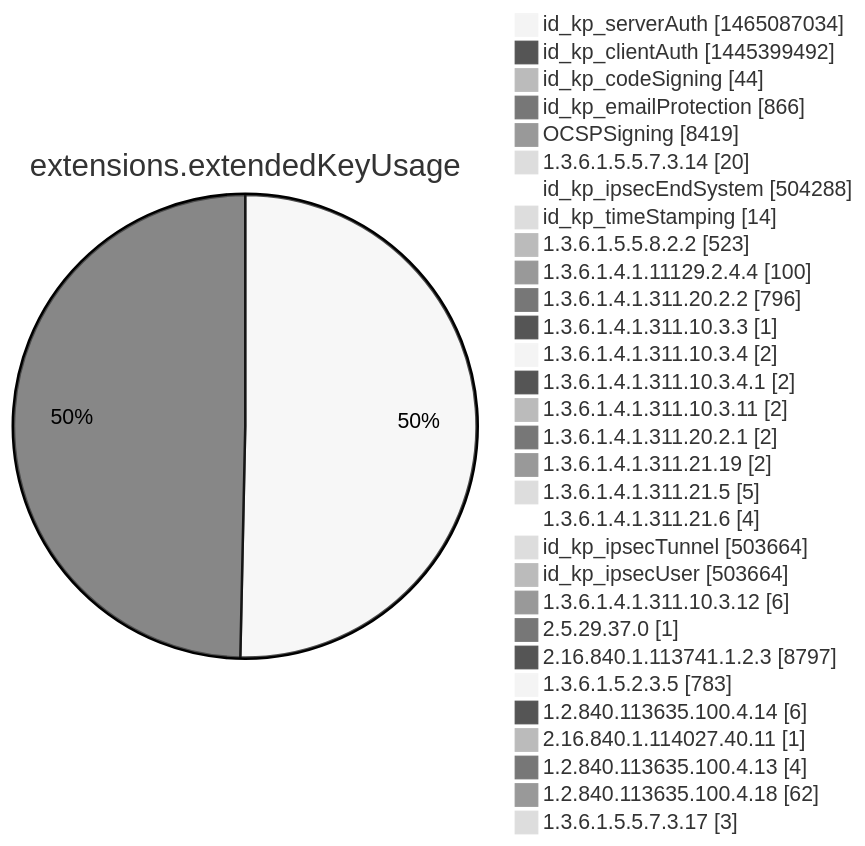
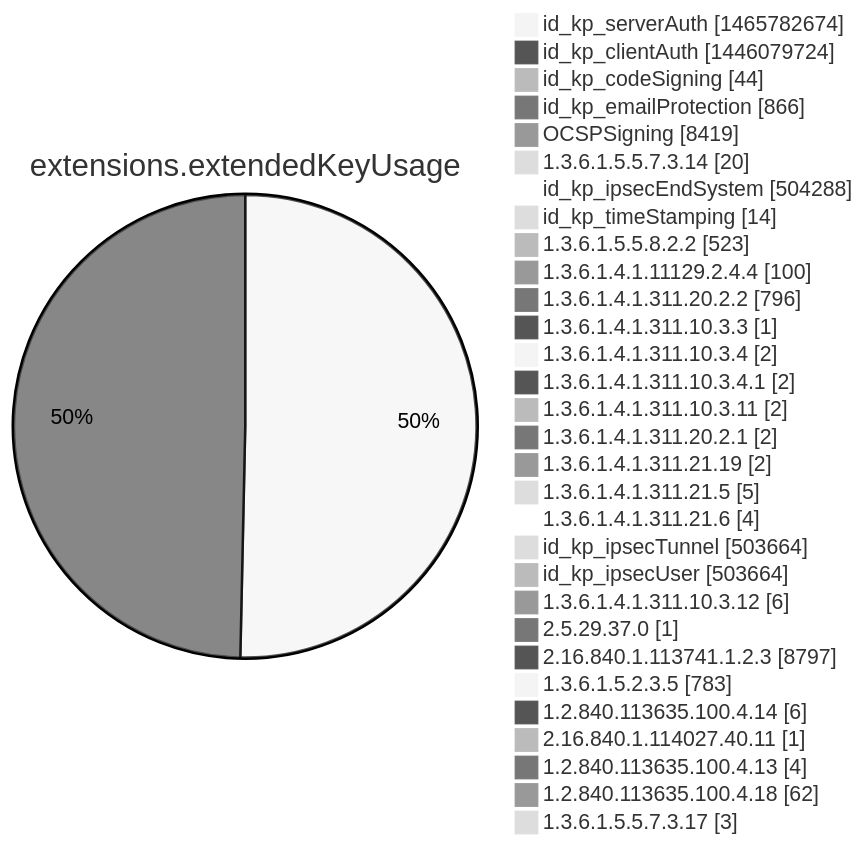
Diagram 12 of 15 in argon2022/README.md (christiankrug/ctmonitor_visualization), drawn with Mermaid (neutral theme) before and after one commit. The commit also changed other lines of this file, not shown here.

````diff
--- a/argon2022/README.md
+++ b/argon2022/README.md
@@ -3555,34 +3555,34 @@
 ```mermaid
 pie showData
 title extensions.extendedKeyUsage
-"id_kp_serverAuth" :1465087034
-"id_kp_clientAuth" :1445399492
+"id_kp_serverAuth" :1465782674
+"id_kp_clientAuth" :1446079724
 "id_kp_codeSigning" :44
 "id_kp_emailProtection" :866
 "OCSPSigning" :8419
 "1.3.6.1.5.5.7.3.14" :20
 "id_kp_ipsecEndSystem" :504288
 "id_kp_timeStamping" :14
 "1.3.6.1.5.5.8.2.2" :523
 "1.3.6.1.4.1.11129.2.4.4" :100
 "1.3.6.1.4.1.311.20.2.2" :796
 "1.3.6.1.4.1.311.10.3.3" :1
 "1.3.6.1.4.1.311.10.3.4" :2
 "1.3.6.1.4.1.311.10.3.4.1" :2
 "1.3.6.1.4.1.311.10.3.11" :2
 "1.3.6.1.4.1.311.20.2.1" :2
 "1.3.6.1.4.1.311.21.19" :2
 "1.3.6.1.4.1.311.21.5" :5
 "1.3.6.1.4.1.311.21.6" :4
 "id_kp_ipsecTunnel" :503664
 "id_kp_ipsecUser" :503664
 "1.3.6.1.4.1.311.10.3.12" :6
 "2.5.29.37.0" :1
 "2.16.840.1.113741.1.2.3" :8797
 "1.3.6.1.5.2.3.5" :783
 "1.2.840.113635.100.4.14" :6
 "2.16.840.1.114027.40.11" :1
 "1.2.840.113635.100.4.13" :4
 "1.2.840.113635.100.4.18" :62
 "1.3.6.1.5.5.7.3.17" :3
 ```
````
